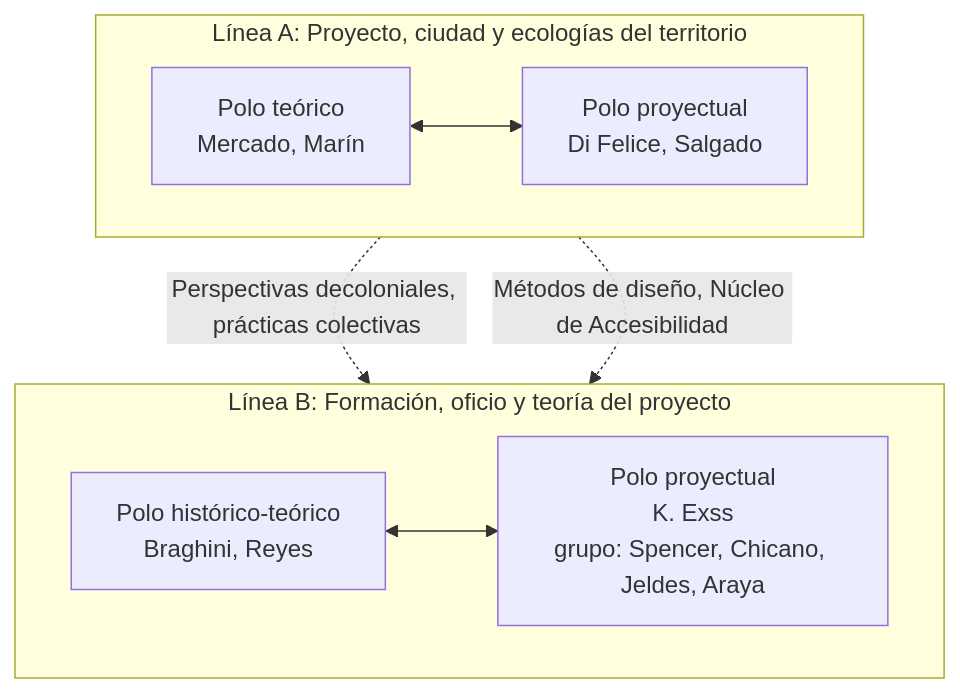
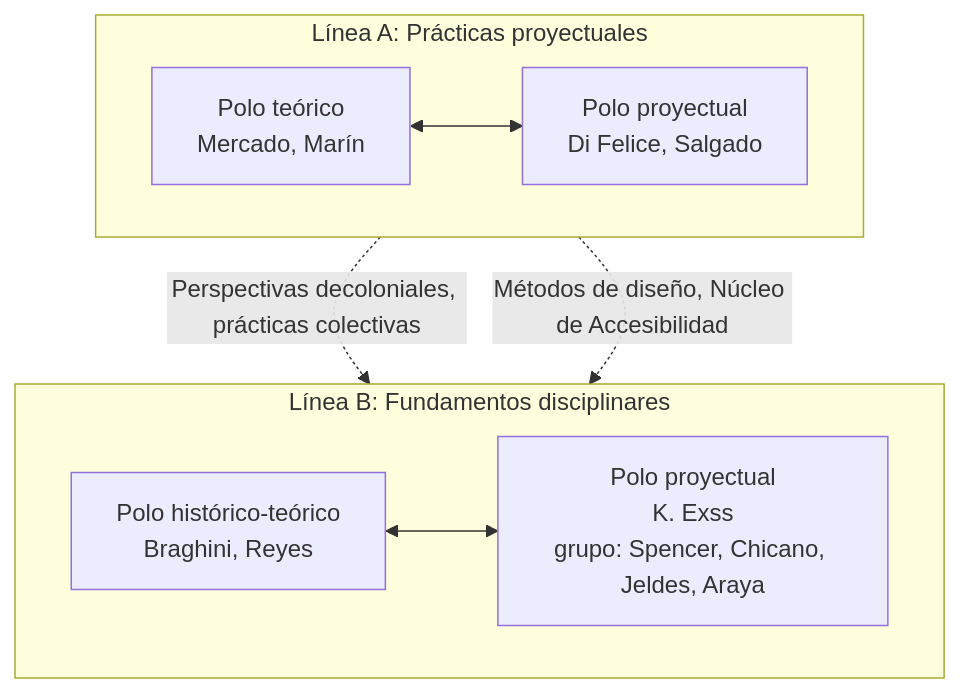
Before and after one commit to eadpucv/investigacion-ead: the fourth of 4 diagrams in propuesta-dos-lineas.md, drawn with Mermaid. The commit also changed other lines of this file and 10 other files, not shown here.

First line of the commit message:
Líneas: Fundamentos disciplinares / Prácticas proyectuales; proyectos y comparación

````diff
--- a/propuesta-dos-lineas.md
+++ b/propuesta-dos-lineas.md
@@ -229,17 +229,17 @@
 ```mermaid
 flowchart TB
-    subgraph LA[Línea A: Proyecto, ciudad y ecologías del territorio]
+    subgraph LA[Línea A: Prácticas proyectuales]
         direction LR
         AT[Polo teórico<br/>Mercado, Marín]
         AP[Polo proyectual<br/>Di Felice, Salgado]
         AT <--> AP
     end
-    subgraph LB[Línea B: Formación, oficio y teoría del proyecto]
+    subgraph LB[Línea B: Fundamentos disciplinares]
         direction LR
         BT[Polo histórico-teórico<br/>Braghini, Reyes]
         BP[Polo proyectual<br/>K. Exss<br/>grupo: Spencer, Chicano, Jeldes, Araya]
         BT <--> BP
     end
     AT -. Perspectivas decoloniales, prácticas colectivas .-> BT
     AP -. Métodos de diseño, Núcleo de Accesibilidad .-> BP
 ```
````
